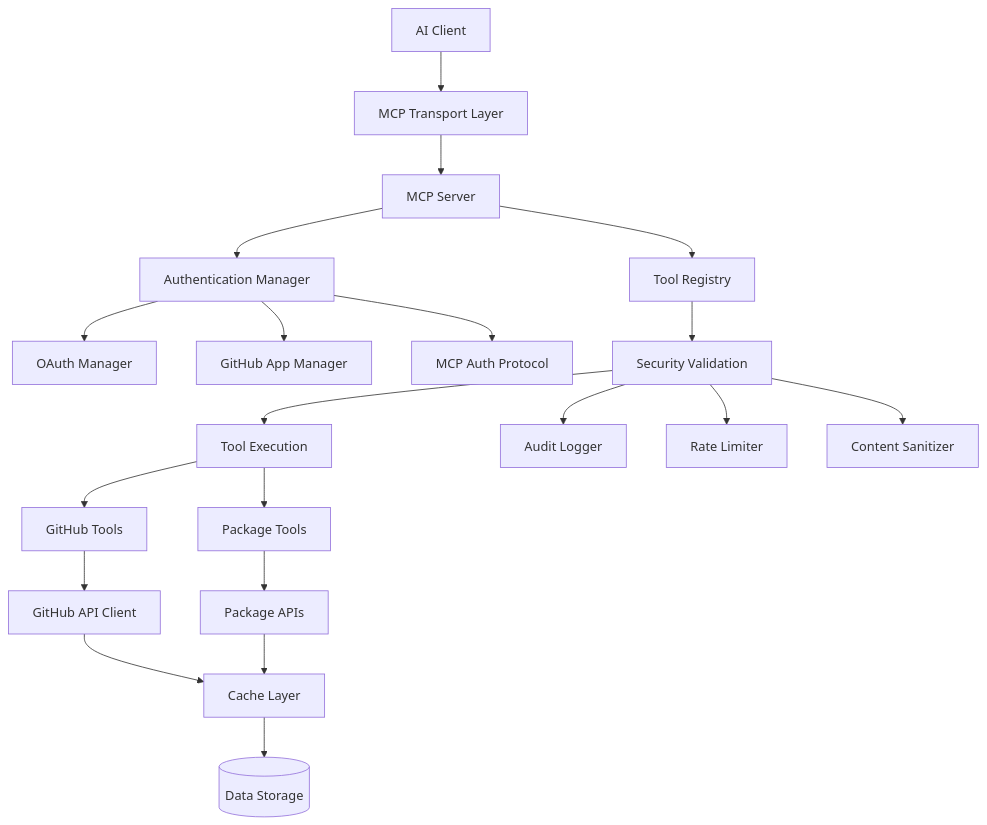
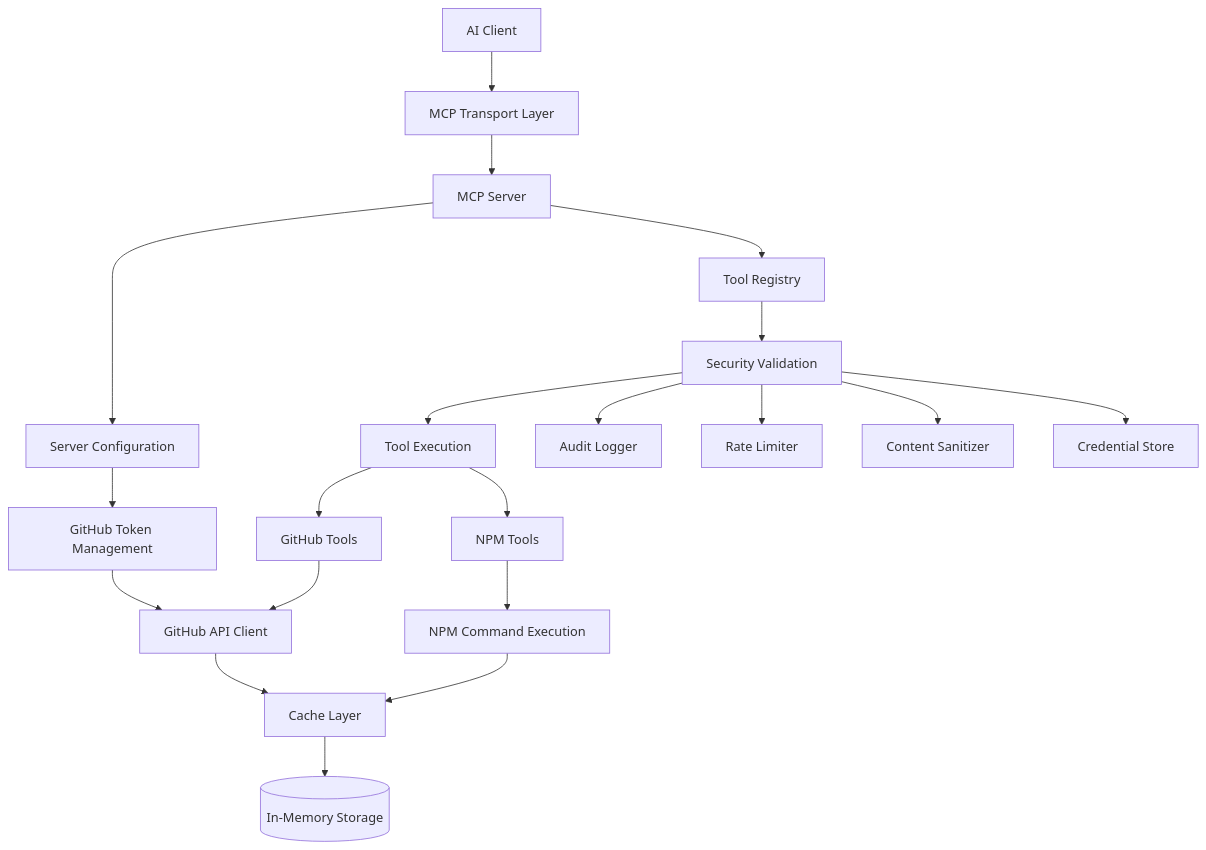
Before and after one commit to bgauryy/octocode-mcp: the first of 3 diagrams in packages/octocode-mcp/docs/summary.md, drawn with Mermaid. The commit also changed other lines of this file and 141 other files, not shown here.

````diff
--- a/packages/octocode-mcp/docs/summary.md
+++ b/packages/octocode-mcp/docs/summary.md
@@ -35,29 +36,29 @@
 ```mermaid
 graph TB
     Client[AI Client] --> Transport[MCP Transport Layer]
     Transport --> Server[MCP Server]
-    Server --> Auth[Authentication Manager]
+    Server --> Config[Server Configuration]
     Server --> Tools[Tool Registry]
-    
-    Auth --> OAuth[OAuth Manager]
-    Auth --> GitHubApp[GitHub App Manager]
-    Auth --> MCP_Auth[MCP Auth Protocol]
     
     Tools --> Security[Security Validation]
     Security --> Toolset[Tool Execution]
     
     Toolset --> GitHub_Tools[GitHub Tools]
-    Toolset --> Package_Tools[Package Tools]
+    Toolset --> NPM_Tools[NPM Tools]
     
-    GitHub_Tools --> GitHub_API[GitHub API Client]
-    Package_Tools --> Package_API[Package APIs]
+    GitHub_Tools --> GitHub_Client[GitHub API Client]
+    NPM_Tools --> NPM_Exec[NPM Command Execution]
     
-    GitHub_API --> Cache[Cache Layer]
-    Package_API --> Cache
+    GitHub_Client --> Cache[Cache Layer]
+    NPM_Exec --> Cache
     
-    Cache --> Storage[(Data Storage)]
+    Cache --> Memory[(In-Memory Storage)]
     
     Security --> Audit[Audit Logger]
     Security --> RateLimit[Rate Limiter]
     Security --> Content[Content Sanitizer]
+    Security --> Credentials[Credential Store]
+    
+    Config --> Token[GitHub Token Management]
+    Token --> GitHub_Client
 ```
````
